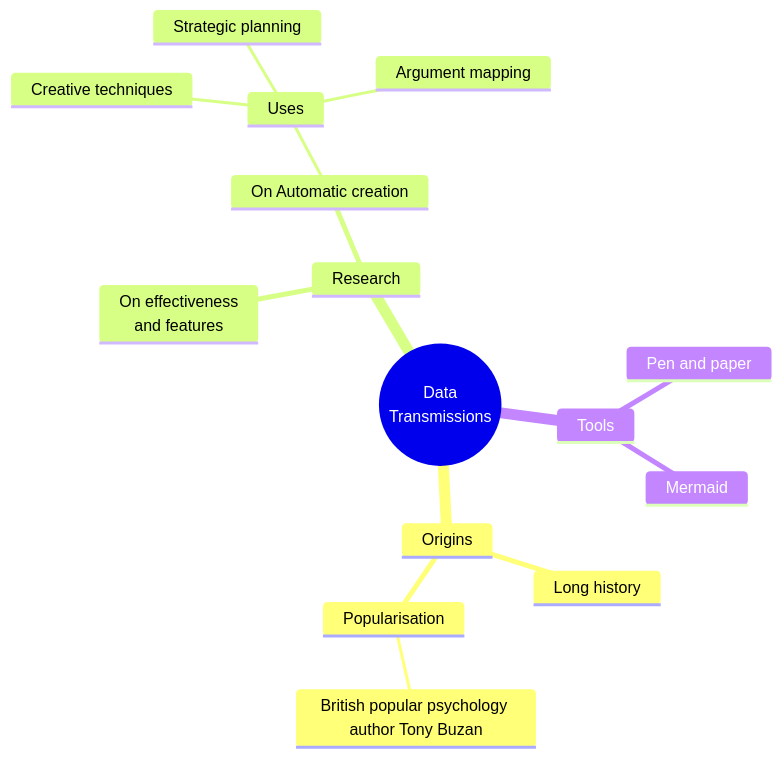
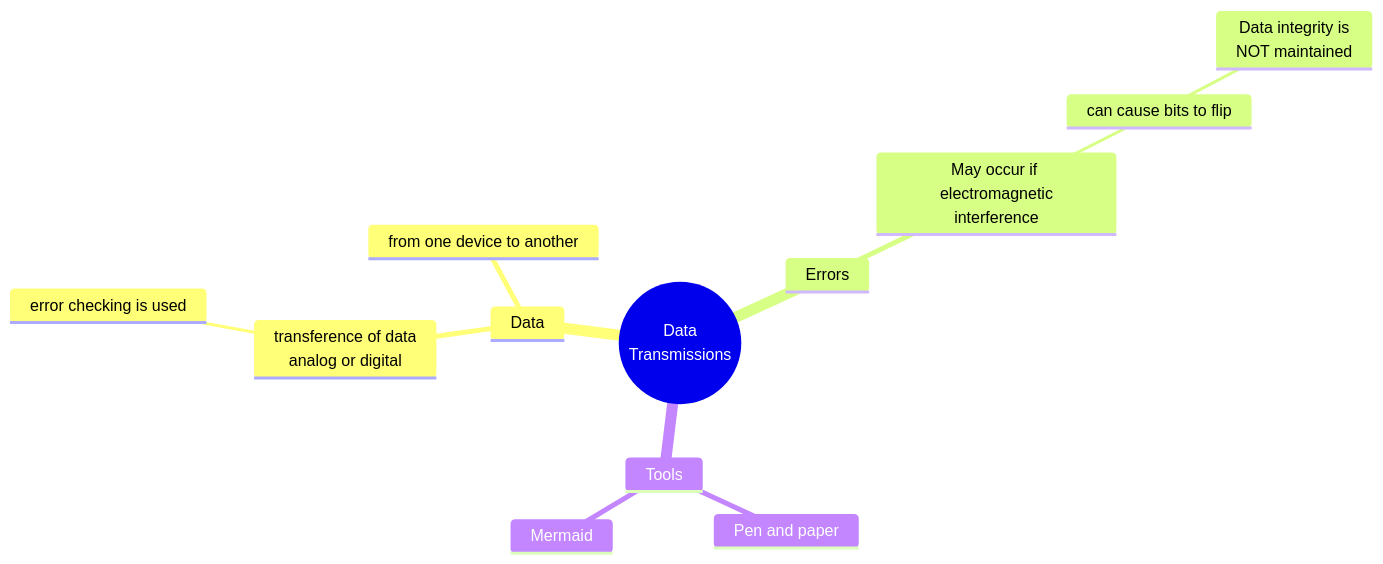
Before and after one commit to Marius-PA/ComputerScienceNotes: the third of 3 diagrams in 2023_Notes/week06-12_november/ascii_and_unicode.md, drawn with Mermaid.

````diff
--- a/2023_Notes/week06-12_november/ascii_and_unicode.md
+++ b/2023_Notes/week06-12_november/ascii_and_unicode.md
@@ -46,19 +46,16 @@
 ```mermaid
 mindmap
   root((Data <br >Transmissions))
-    Origins
-      Long history
-      Popularisation
-        British popular psychology author Tony Buzan
-    Research
-      On effectiveness<br/>and features
-      On Automatic creation
-        Uses
-            Creative techniques
-            Strategic planning
-            Argument mapping
+    Data
+        transference of data <br> analog or digital
+            error checking is used
+        from one device to another
+    Errors
+        May occur if <br> electromagnetic interference
+            can cause bits to flip
+                Data integrity is <br> NOT maintained
     Tools
       Pen and paper
       Mermaid
 
 ```
````
